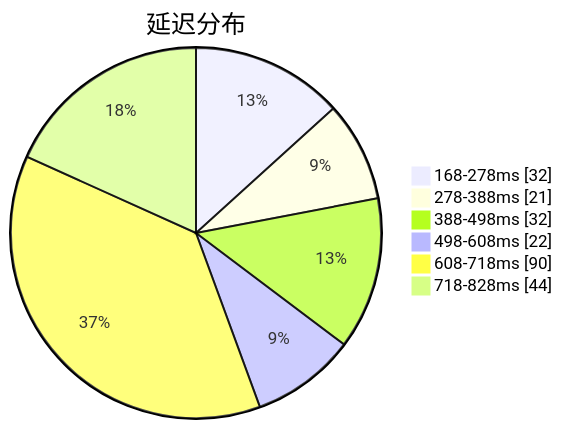
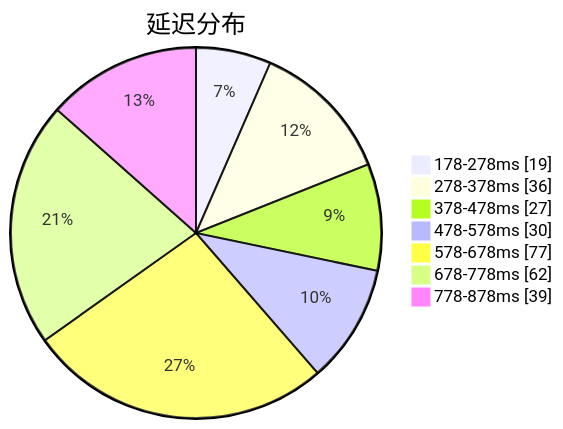
One commit to qjlxg/airport changed the first of 3 diagrams in subs/statistics/tested_within.md. Above: the diagram before and after it, drawn with Mermaid. The commit also changed other lines of this file and 2 other files, not shown here.

Commit message:
Tested by metaST

````diff
--- a/subs/statistics/tested_within.md
+++ b/subs/statistics/tested_within.md
@@ -2,10 +2,11 @@
 ```mermaid
 pie showData
 title 延迟分布
-"168-278ms" : 32
-"278-388ms" : 21
-"388-498ms" : 32
-"498-608ms" : 22
-"608-718ms" : 90
-"718-828ms" : 44
+"178-278ms" : 19
+"278-378ms" : 36
+"378-478ms" : 27
+"478-578ms" : 30
+"578-678ms" : 77
+"678-778ms" : 62
+"778-878ms" : 39
 ```
````
